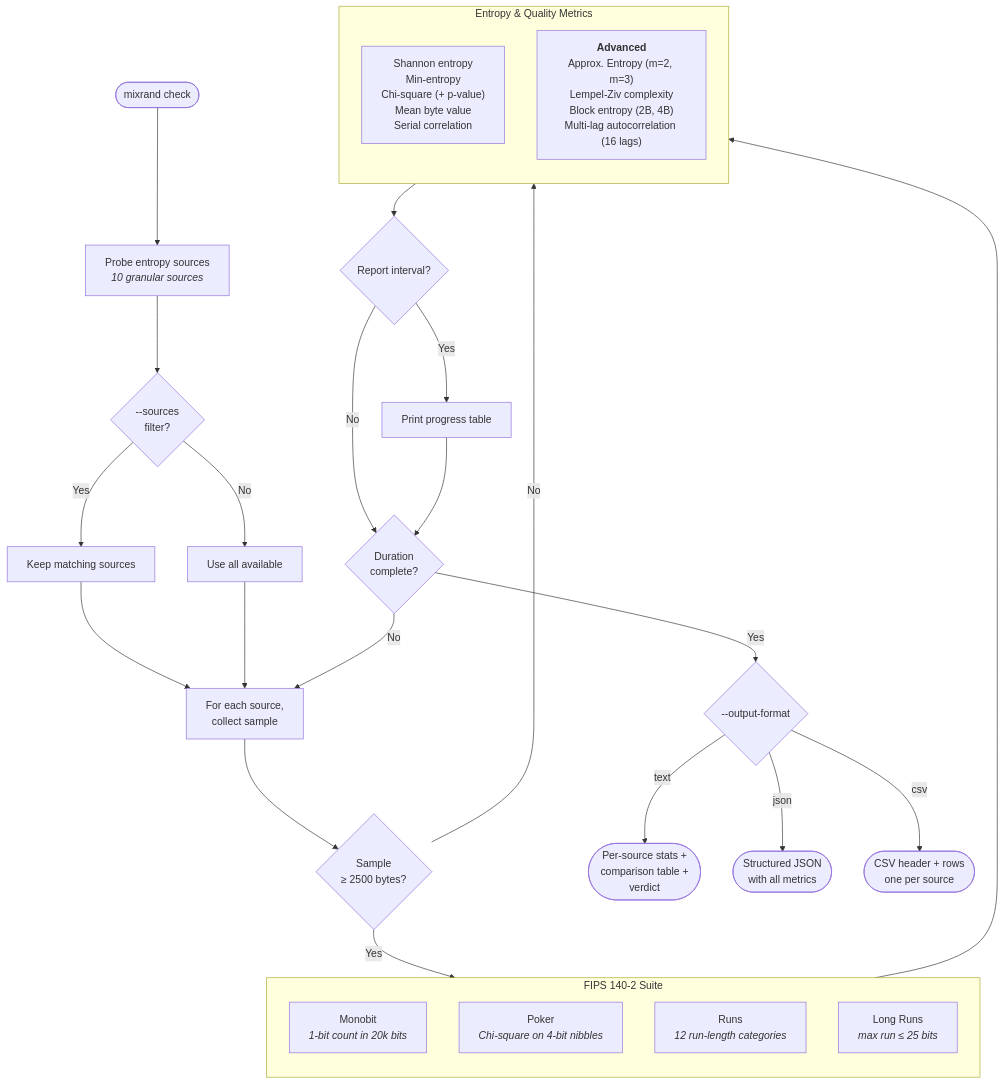
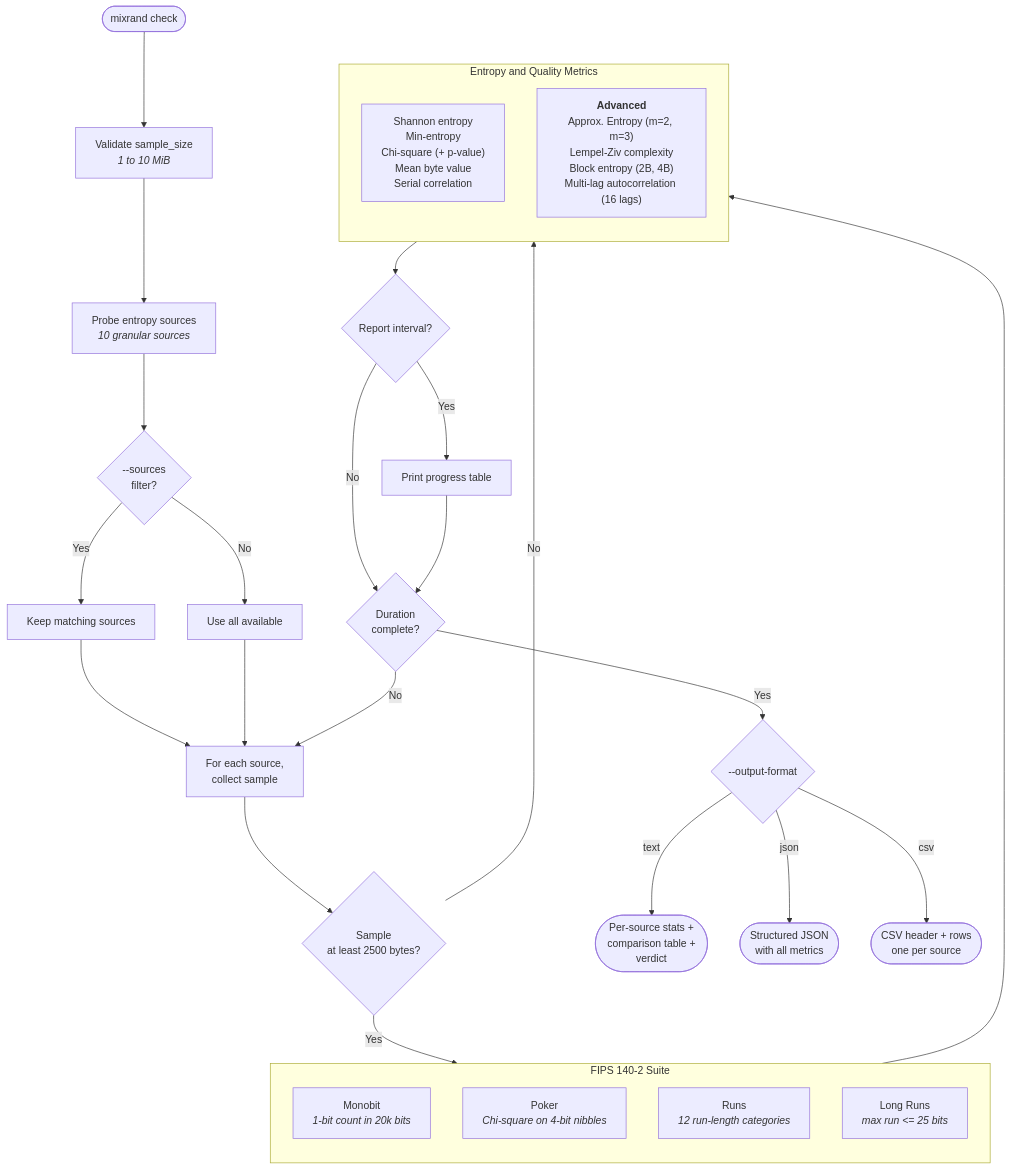
One commit to sonoransun/entropy-svc changed the sixth of 8 diagrams in README.md. Above: the diagram before and after it, drawn with Mermaid. The commit also changed other lines of this file and 16 other files, not shown here.

````diff
--- a/README.md
+++ b/README.md
@@ -205,43 +251,44 @@
 ```mermaid
 flowchart TD
-    Start([mixrand check]) --> Probe["Probe entropy sources<br/><i>10 granular sources</i>"]
+    Start([mixrand check]) --> Validate["Validate sample_size<br/><i>1 to 10 MiB</i>"]
+    Validate --> Probe["Probe entropy sources<br/><i>10 granular sources</i>"]
     Probe --> Filter{"--sources<br/>filter?"}
     Filter -- Yes --> Select["Keep matching sources"]
     Filter -- No --> All["Use all available"]
     Select --> TestLoop
     All --> TestLoop
 
-    TestLoop["For each source,<br/>collect sample"] --> FIPS{"Sample<br/>≥ 2500 bytes?"}
+    TestLoop["For each source,<br/>collect sample"] --> FIPS{"Sample<br/>at least 2500 bytes?"}
 
     FIPS -- Yes --> FIPSTests
     FIPS -- No --> Entropy
 
     subgraph FIPSTests["FIPS 140-2 Suite"]
         direction TB
         F1["Monobit<br/><i>1-bit count in 20k bits</i>"]
         F2["Poker<br/><i>Chi-square on 4-bit nibbles</i>"]
         F3["Runs<br/><i>12 run-length categories</i>"]
-        F4["Long Runs<br/><i>max run ≤ 25 bits</i>"]
+        F4["Long Runs<br/><i>max run <= 25 bits</i>"]
     end
 
     FIPSTests --> Entropy
 
-    subgraph Entropy["Entropy & Quality Metrics"]
+    subgraph Entropy["Entropy and Quality Metrics"]
         direction TB
         E1["Shannon entropy<br/>Min-entropy<br/>Chi-square (+ p-value)<br/>Mean byte value<br/>Serial correlation"]
         E2["<b>Advanced</b><br/>Approx. Entropy (m=2, m=3)<br/>Lempel-Ziv complexity<br/>Block entropy (2B, 4B)<br/>Multi-lag autocorrelation (16 lags)"]
     end
 
     Entropy --> Progress{"Report interval?"}
     Progress -- Yes --> Print["Print progress table"]
     Progress -- No --> TimeCheck
     Print --> TimeCheck
 
     TimeCheck{"Duration<br/>complete?"}
     TimeCheck -- No --> TestLoop
     TimeCheck -- Yes --> Format{"--output-format"}
 
     Format -- text --> TextReport(["Per-source stats +<br/>comparison table +<br/>verdict"])
     Format -- json --> JSONReport(["Structured JSON<br/>with all metrics"])
     Format -- csv --> CSVReport(["CSV header + rows<br/>one per source"])
 ```
````
